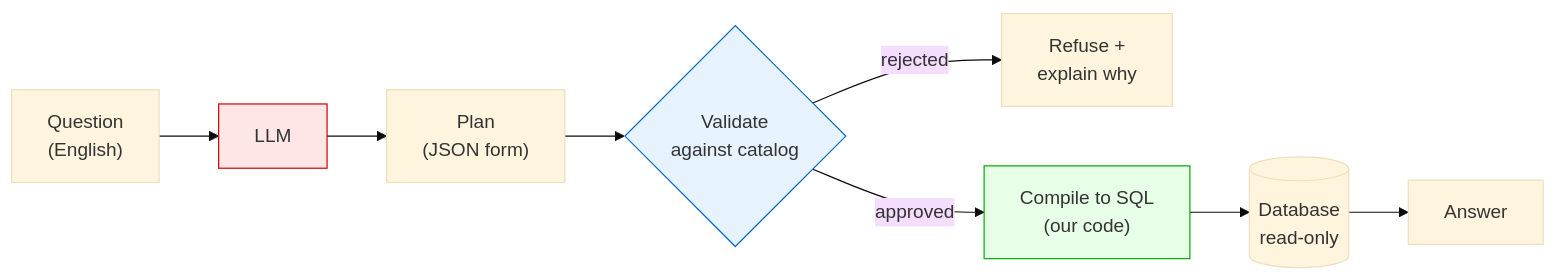
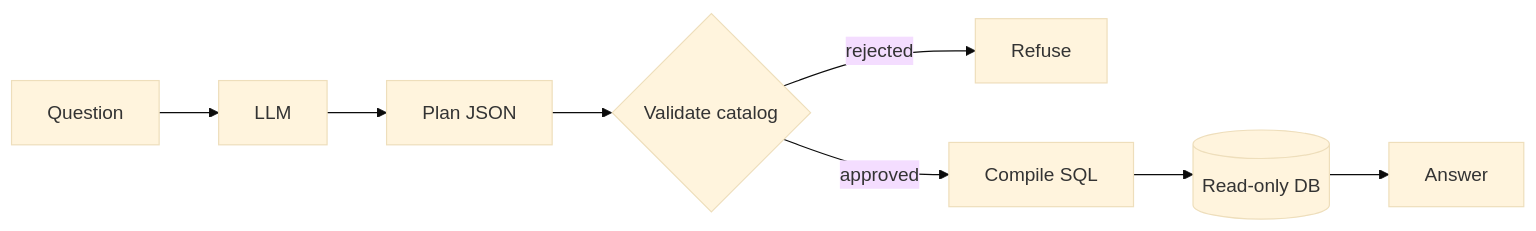
One commit to Sam962/secure-query changed the diagram in docs/DEMO.md. Above: the diagram before and after it, drawn with Mermaid (base theme). The commit also changed other lines of this file and 84 other files, not shown here.

````diff
--- a/docs/DEMO.md
+++ b/docs/DEMO.md
@@ -39,14 +18,10 @@
 ```mermaid
 flowchart LR
-    Q["Question<br/>(English)"] --> LLM["LLM"]
-    LLM --> P["Plan<br/>(JSON form)"]
-    P --> V{"Validate<br/>against catalog"}
-    V -->|rejected| R["Refuse +<br/>explain why"]
-    V -->|approved| C["Compile to SQL<br/>(our code)"]
-    C --> DB[("Database<br/>read-only")]
+    Q["Question"] --> LLM["LLM"]
+    LLM --> P["Plan JSON"]
+    P --> V{"Validate catalog"}
+    V -->|rejected| R["Refuse"]
+    V -->|approved| C["Compile SQL"]
+    C --> DB[("Read-only DB")]
     DB --> A["Answer"]
-
-    style LLM fill:#ffe6e6,stroke:#c00
-    style V fill:#e6f3ff,stroke:#06c
-    style C fill:#e6ffe6,stroke:#0a0
 ```
````
